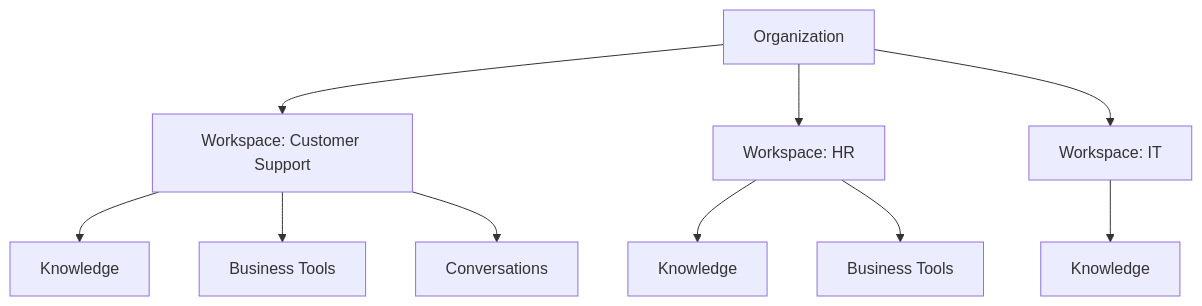
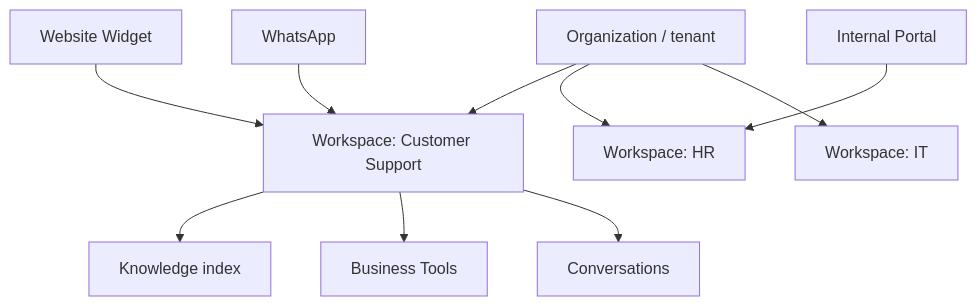
The diagram in docs/platform/ai-workspaces.mdx (qefro-ai/qefro-documentation), drawn with Mermaid before and after one commit. The commit also changed other lines of this file and 46 other files, not shown here.

````diff
--- a/docs/platform/ai-workspaces.mdx
+++ b/docs/platform/ai-workspaces.mdx
@@ -43,13 +49,13 @@
 ```mermaid
 flowchart TB
-  Org[Organization]
+  Org[Organization / tenant]
   Org --> WS1[Workspace: Customer Support]
   Org --> WS2[Workspace: HR]
   Org --> WS3[Workspace: IT]
-  WS1 --> K1[Knowledge]
+  WS1 --> K1[Knowledge index]
   WS1 --> T1[Business Tools]
   WS1 --> C1[Conversations]
-  WS2 --> K2[Knowledge]
-  WS2 --> T2[Business Tools]
-  WS3 --> K3[Knowledge]
+  Widget[Website Widget] --> WS1
+  Portal[Internal Portal] --> WS2
+  WA[WhatsApp] --> WS1
 ```
````
